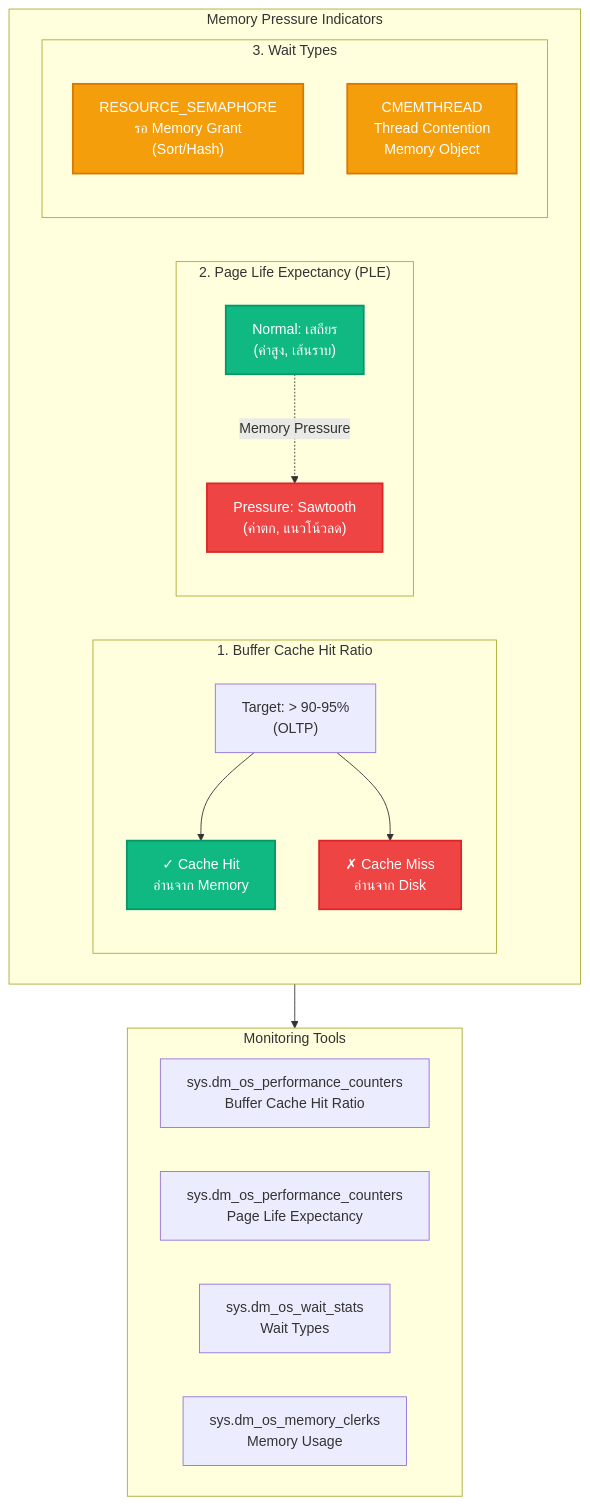
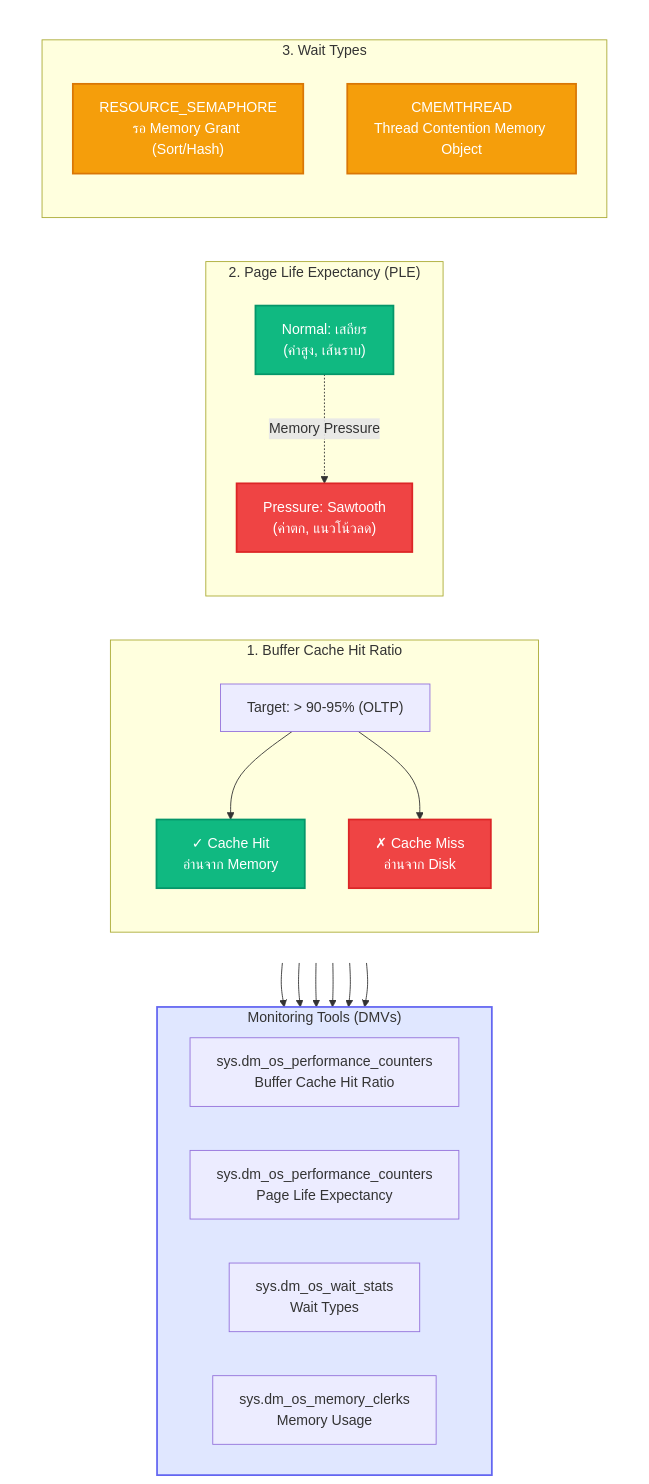
One commit to phakkhaphong/sql-server-performance-tuning changed the seventh of 7 diagrams in Module_04_Memory/README.md. Above: the diagram before and after it, drawn with Mermaid. The commit also changed other lines of this file, not shown here.

Commit message:
Refactor README diagrams for SQL Server Memory Models and Resource Governor, enhancing clarity by updating layout direction, simplifying annotations, and improving visual representation of memory allocation processes and performance indicators.

````diff
--- a/Module_04_Memory/README.md
+++ b/Module_04_Memory/README.md
@@ -380,41 +372,48 @@
 ```mermaid
-graph TB
-    subgraph Indicators["Memory Pressure Indicators"]
+flowchart TB
+    subgraph Row1[" "]
         direction LR
-        
         subgraph Metric1["1. Buffer Cache Hit Ratio"]
-            BCHR["Target: > 90-95%<br/>(OLTP)"]
+            BCHR["Target: > 90-95% (OLTP)"]
             BCHRGood["✓ Cache Hit<br/>อ่านจาก Memory"]
             BCHRBad["✗ Cache Miss<br/>อ่านจาก Disk"]
             BCHR --> BCHRGood
             BCHR --> BCHRBad
         end
         
         subgraph Metric2["2. Page Life Expectancy (PLE)"]
             PLENormal["Normal: เสถียร<br/>(ค่าสูง, เส้นราบ)"]
             PLEPressure["Pressure: Sawtooth<br/>(ค่าตก, แนวโน้วลด)"]
             PLENormal -.->|Memory Pressure| PLEPressure
         end
         
         subgraph WaitTypes["3. Wait Types"]
-            WT1["RESOURCE_SEMAPHORE<br/>รอ Memory Grant<br/>(Sort/Hash)"]
-            WT2["CMEMTHREAD<br/>Thread Contention<br/>Memory Object"]
+            WT1["RESOURCE_SEMAPHORE<br/>รอ Memory Grant (Sort/Hash)"]
+            WT2["CMEMTHREAD<br/>Thread Contention Memory Object"]
         end
     end
     
-    subgraph Monitoring["Monitoring Tools"]
+    subgraph Monitoring["Monitoring Tools (DMVs)"]
+        direction LR
         DMV1["sys.dm_os_performance_counters<br/>Buffer Cache Hit Ratio"]
         DMV2["sys.dm_os_performance_counters<br/>Page Life Expectancy"]
         DMV3["sys.dm_os_wait_stats<br/>Wait Types"]
         DMV4["sys.dm_os_memory_clerks<br/>Memory Usage"]
     end
     
-    Indicators --> Monitoring
+    Metric1 --> DMV1
+    Metric2 --> DMV2
+    WaitTypes --> DMV3
+    Metric1 --> DMV4
+    Metric2 --> DMV4
+    WaitTypes --> DMV4
     
     style BCHRGood fill:#10b981,stroke:#059669,stroke-width:2px,color:#fff
     style BCHRBad fill:#ef4444,stroke:#dc2626,stroke-width:2px,color:#fff
     style PLENormal fill:#10b981,stroke:#059669,stroke-width:2px,color:#fff
     style PLEPressure fill:#ef4444,stroke:#dc2626,stroke-width:2px,color:#fff
     style WT1 fill:#f59e0b,stroke:#d97706,stroke-width:2px,color:#fff
     style WT2 fill:#f59e0b,stroke:#d97706,stroke-width:2px,color:#fff
+    style Row1 fill:transparent,stroke:transparent,color:transparent
+    style Monitoring fill:#e0e7ff,stroke:#6366f1,stroke-width:2px
 ```
````
